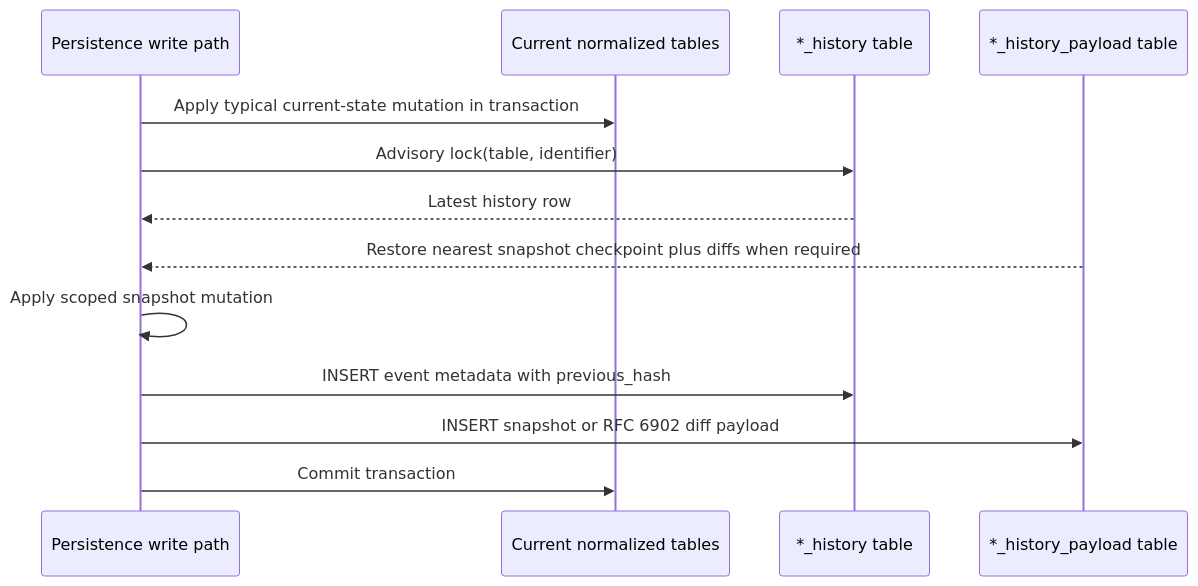
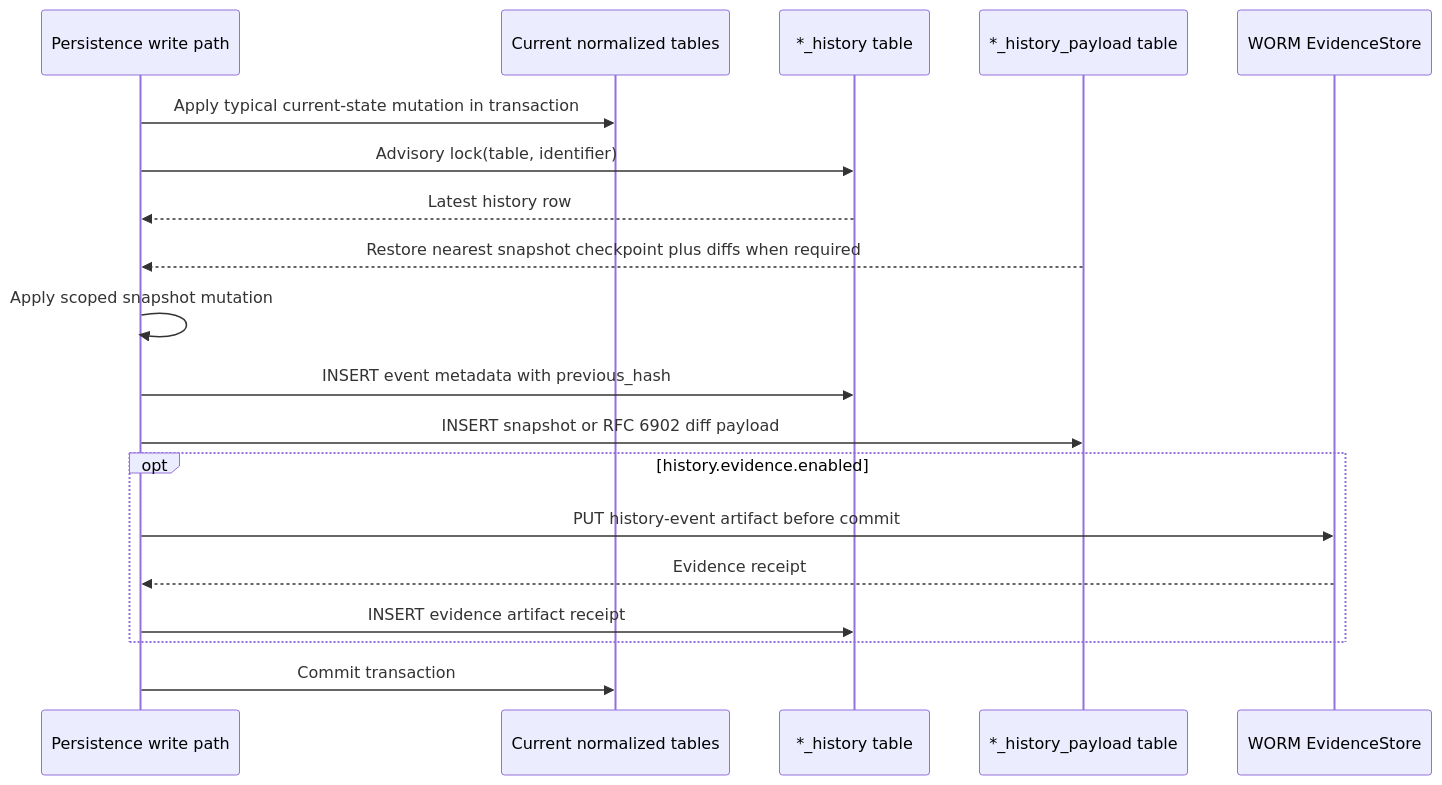
The first of 3 diagrams in docu/developer/aas_v3_2_runtime.md (eclipse-basyx/basyx-go-components), drawn with Mermaid before and after one commit. The commit also changed other lines of this file and 37 other files, not shown here.

First line of the commit message:
Adds WORM evidence storage for history events and snapshots (#345)

````diff
--- a/docu/developer/aas_v3_2_runtime.md
+++ b/docu/developer/aas_v3_2_runtime.md
@@ -114,15 +116,21 @@
 ```mermaid
 sequenceDiagram
     participant API as Persistence write path
     participant Live as Current normalized tables
     participant Metadata as *_history table
     participant Payload as *_history_payload table
+    participant Evidence as WORM EvidenceStore
     API->>Live: Apply typical current-state mutation in transaction
     API->>Metadata: Advisory lock(table, identifier)
     Metadata-->>API: Latest history row
     Payload-->>API: Restore nearest snapshot checkpoint plus diffs when required
     API->>API: Apply scoped snapshot mutation
     API->>Metadata: INSERT event metadata with previous_hash
     API->>Payload: INSERT snapshot or RFC 6902 diff payload
+    opt history.evidence.enabled
+        API->>Evidence: PUT history-event artifact before commit
+        Evidence-->>API: Evidence receipt
+        API->>Metadata: INSERT evidence artifact receipt
+    end
     API->>Live: Commit transaction
 ```
````
